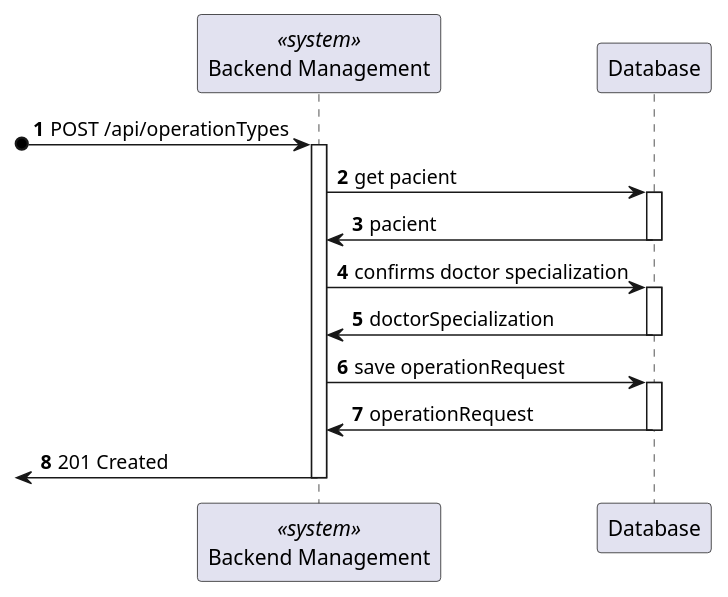
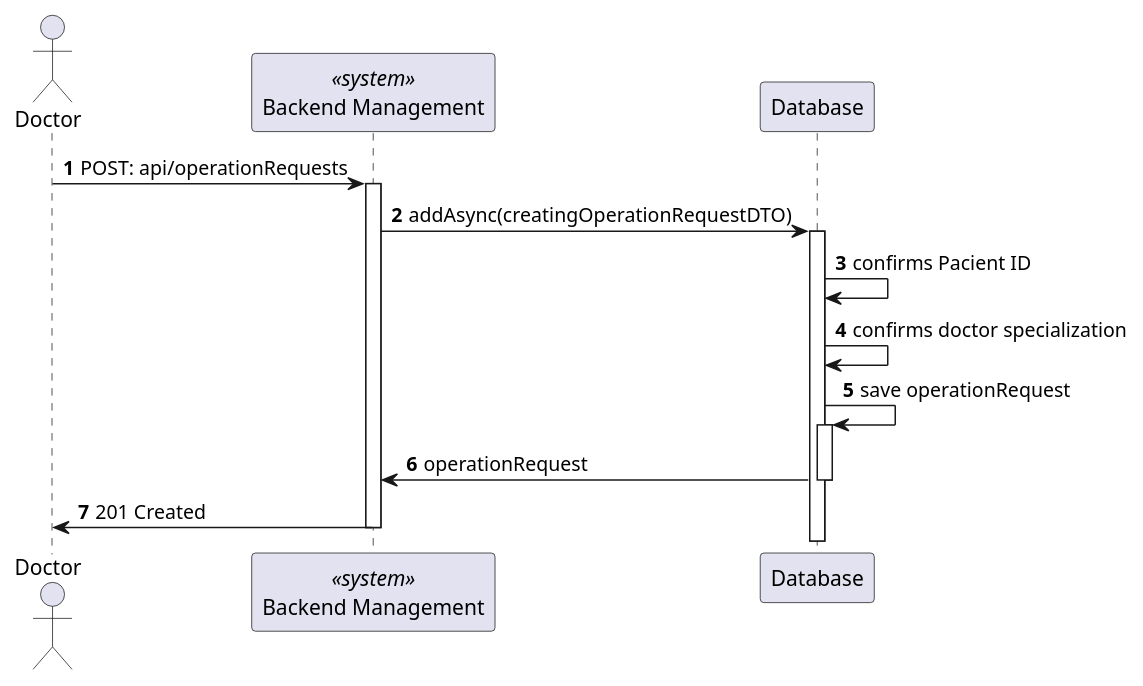
The diagram in docs/OperationRequest/views/level3/process-view1.puml (Lapr5G21/sem5pi-24-25-3ddg21), drawn with PlantUML before and after one commit. The commit also changed 16 other files, not shown here.

```diff
--- a/docs/OperationRequest/views/level3/process-view1.puml
+++ b/docs/OperationRequest/views/level3/process-view1.puml
@@ -1,39 +1,33 @@
 @startuml
 
 autonumber
+actor Doctor as "Doctor"
 participant BE as "Backend Management" <<system>>
 participant DB as "Database"
 
-?o-> BE : POST /api/operationTypes
+Doctor-> BE : POST: api/operationRequests
 activate BE
 
-BE -> DB : get pacient
+BE -> DB : addAsync(creatingOperationRequestDTO)
+
+
 
 activate DB 
 
-DB -> BE : pacient
+DB -> DB : confirms Pacient ID
 
-deactivate DB 
+DB -> DB : confirms doctor specialization
 
-BE -> DB : confirms doctor specialization
-
-activate DB
-
-DB -> BE : doctorSpecialization
-
-deactivate DB
-
-
-BE -> DB : save operationRequest
+DB -> DB : save operationRequest
 
 activate DB 
 
 DB -> BE : operationRequest 
 
 deactivate DB 
 
-<- BE : 201 Created
+Doctor <- BE : 201 Created
 
 deactivate BE
 
 @enduml
```
